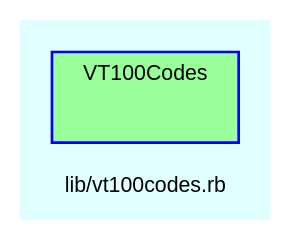
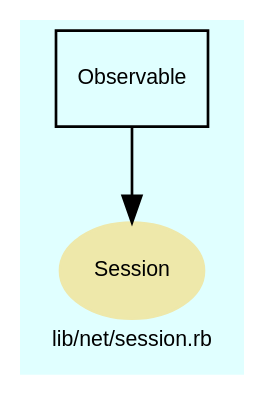
Before and after one commit to Tyche/teensymud: the diagram in doc/dot/f_13.dot, drawn with Graphviz. The commit also changed 282 other files, not shown here.

Commit message:
Split filter.rb and net.rb into separate classes. Added regression tests for net classes.

```diff
--- a/doc/dot/f_13.dot
+++ b/doc/dot/f_13.dot
@@ -1,29 +1,32 @@
 digraph TopLevel {
     compound = true
     bgcolor = lightcyan1
     fontname = Arial
     fontsize = 8
-    label = "lib/vt100codes.rb"
+    label = "lib/net/session.rb"
     node [
         fontname = Arial,
         fontsize = 8,
         color = black
     ]
 
-    subgraph cluster_VT100Codes {
-        fillcolor = palegreen1
-        URL = "classes/VT100Codes.html"
-        fontname = Arial
-        color = blue
-        label = "VT100Codes"
-        style = filled
-        VT100Codes [
-            shape = plaintext,
-            height = 0.01,
-            width = 0.75,
-            label = ""
-        ]
+    Session [
+        fontcolor = black,
+        URL = "classes/Session.html",
+        shape = ellipse,
+        color = palegoldenrod,
+        style = filled,
+        label = "Session"
+    ]
 
-    }
+    Observable [
+        URL = "classes/Observable.html",
+        shape = box,
+        label = "Observable"
+    ]
+
+    Observable -> Session [
+
+    ]
 
 }
```
